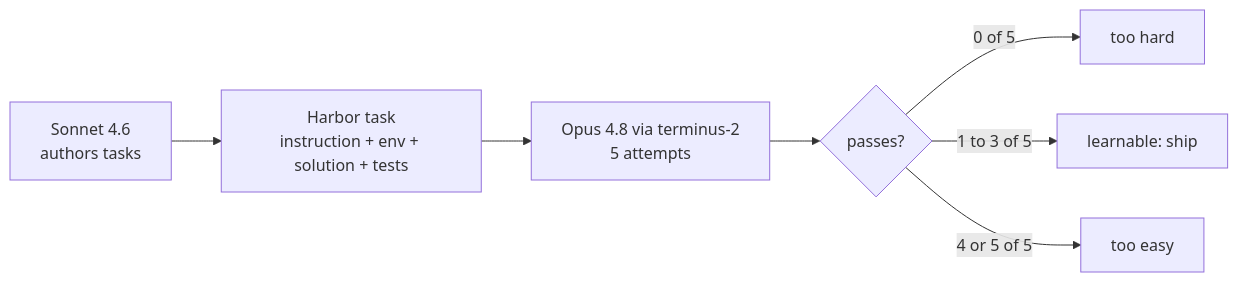
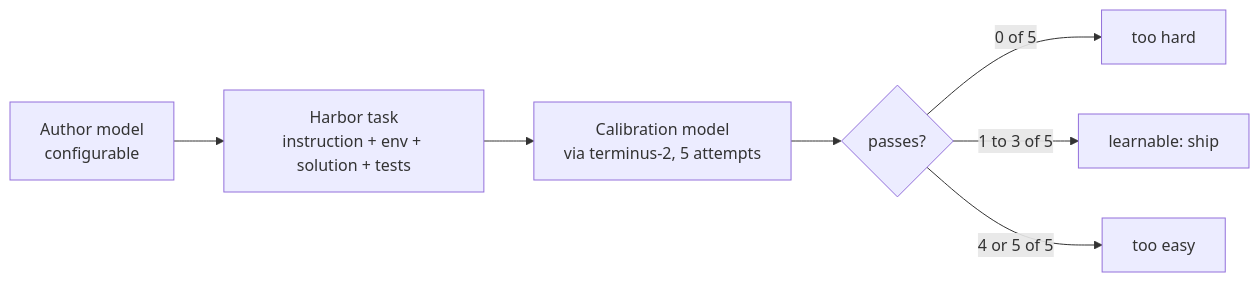
The first of 11 diagrams in docs/architecture.md (zignd/harbor-tbench-worktrial), drawn with Mermaid before and after one commit. The commit also changed other lines of this file, not shown here.

First line of the commit message:
docs: correct architecture.md to agree with the audited run

````diff
--- a/docs/architecture.md
+++ b/docs/architecture.md
@@ -9,9 +22,9 @@
 ```mermaid
 flowchart LR
-    S[Sonnet 4.6<br/>authors tasks] --> T[Harbor task<br/>instruction + env + solution + tests]
-    T --> O[Opus 4.8 via terminus-2<br/>5 attempts]
+    S[Author model<br/>configurable] --> T[Harbor task<br/>instruction + env + solution + tests]
+    T --> O[Calibration model<br/>via terminus-2, 5 attempts]
     O --> B{passes?}
     B -- "0 of 5" --> H[too hard]
     B -- "1 to 3 of 5" --> L[learnable: ship]
     B -- "4 or 5 of 5" --> E[too easy]
 ```
````
